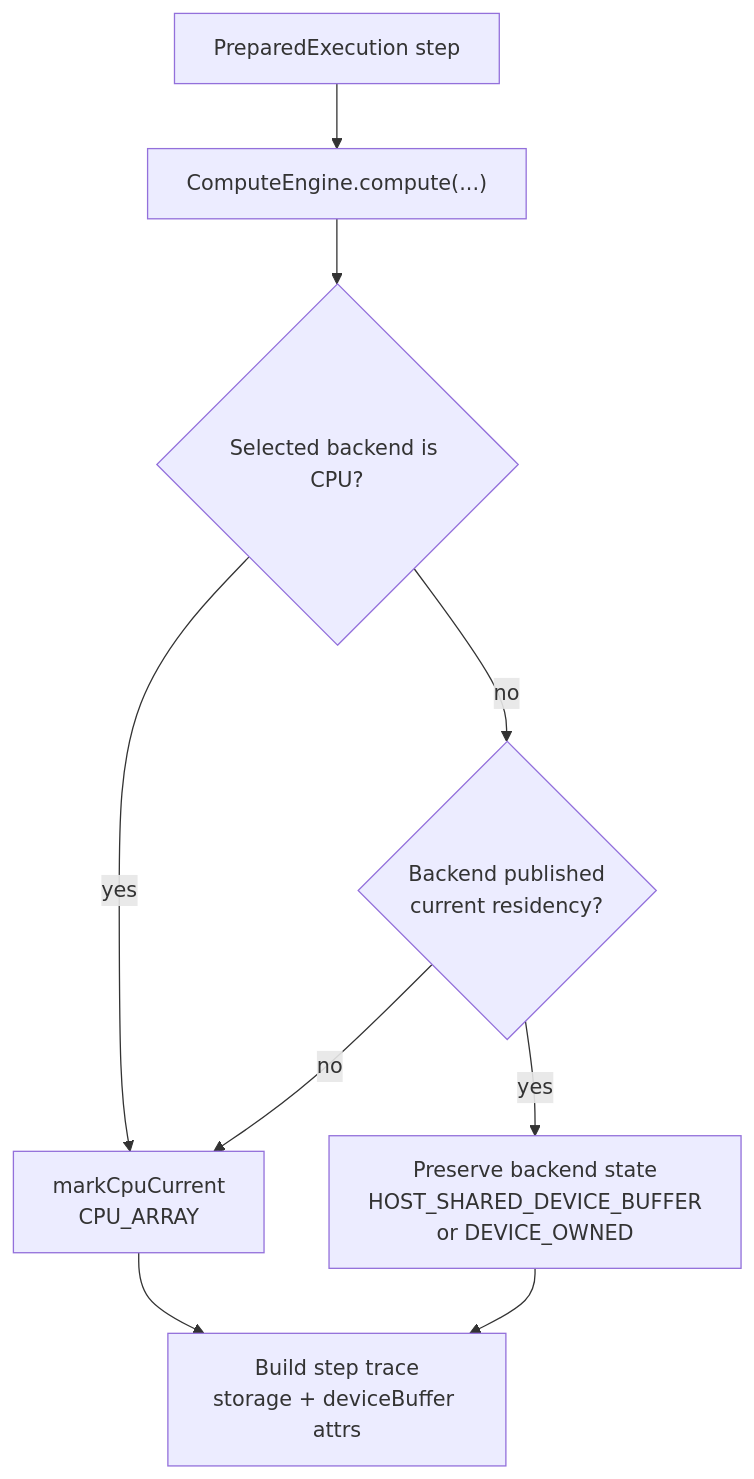
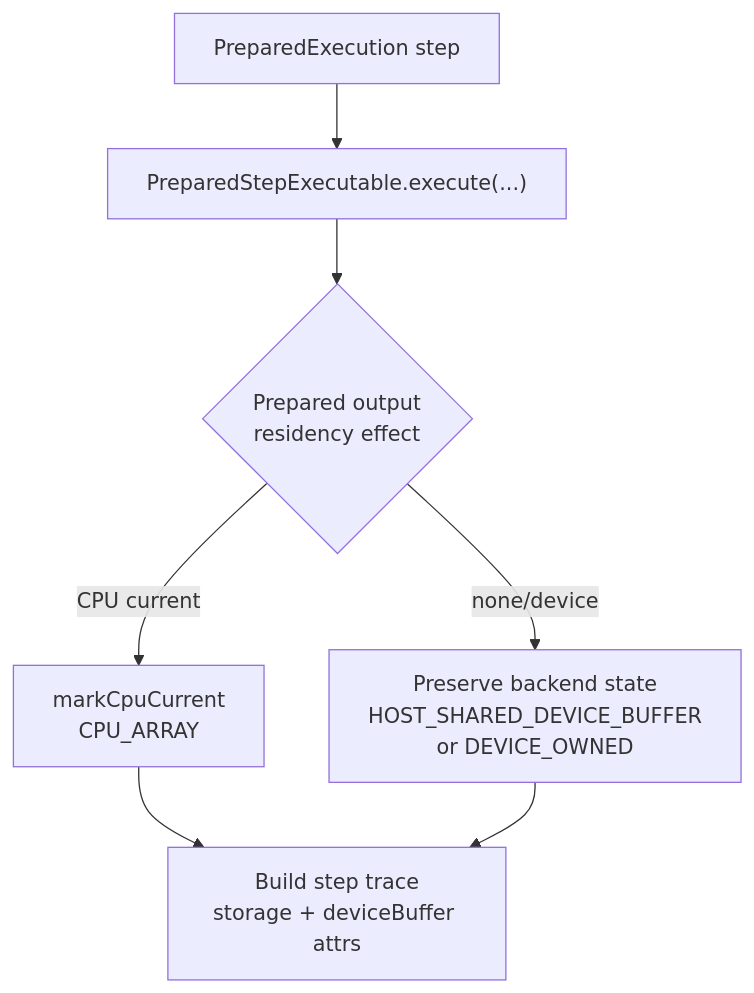
The eighth of 8 diagrams in docs/compute-flow.md (pho001/Synaptik), drawn with Mermaid before and after one commit. The commit also changed other lines of this file and 517 other files, not shown here.

````diff
--- a/docs/compute-flow.md
+++ b/docs/compute-flow.md
@@ -1463,16 +1456,13 @@
 ```mermaid
 flowchart TD
     Step["PreparedExecution step"]
-    Compute["ComputeEngine.compute(...)"]
-    CPU{"Selected backend is CPU?"}
-    Published{"Backend published\ncurrent residency?"}
+    Compute["PreparedStepExecutable.execute(...)"]
+    Effect{"Prepared output\nresidency effect"}
     CpuCurrent["markCpuCurrent\nCPU_ARRAY"]
     Preserve["Preserve backend state\nHOST_SHARED_DEVICE_BUFFER\nor DEVICE_OWNED"]
     Trace["Build step trace\nstorage + deviceBuffer attrs"]
 
-    Step --> Compute --> CPU
-    CPU -- yes --> CpuCurrent --> Trace
-    CPU -- no --> Published
-    Published -- no --> CpuCurrent
-    Published -- yes --> Preserve --> Trace
+    Step --> Compute --> Effect
+    Effect -- CPU current --> CpuCurrent --> Trace
+    Effect -- none/device --> Preserve --> Trace
 ```
````
